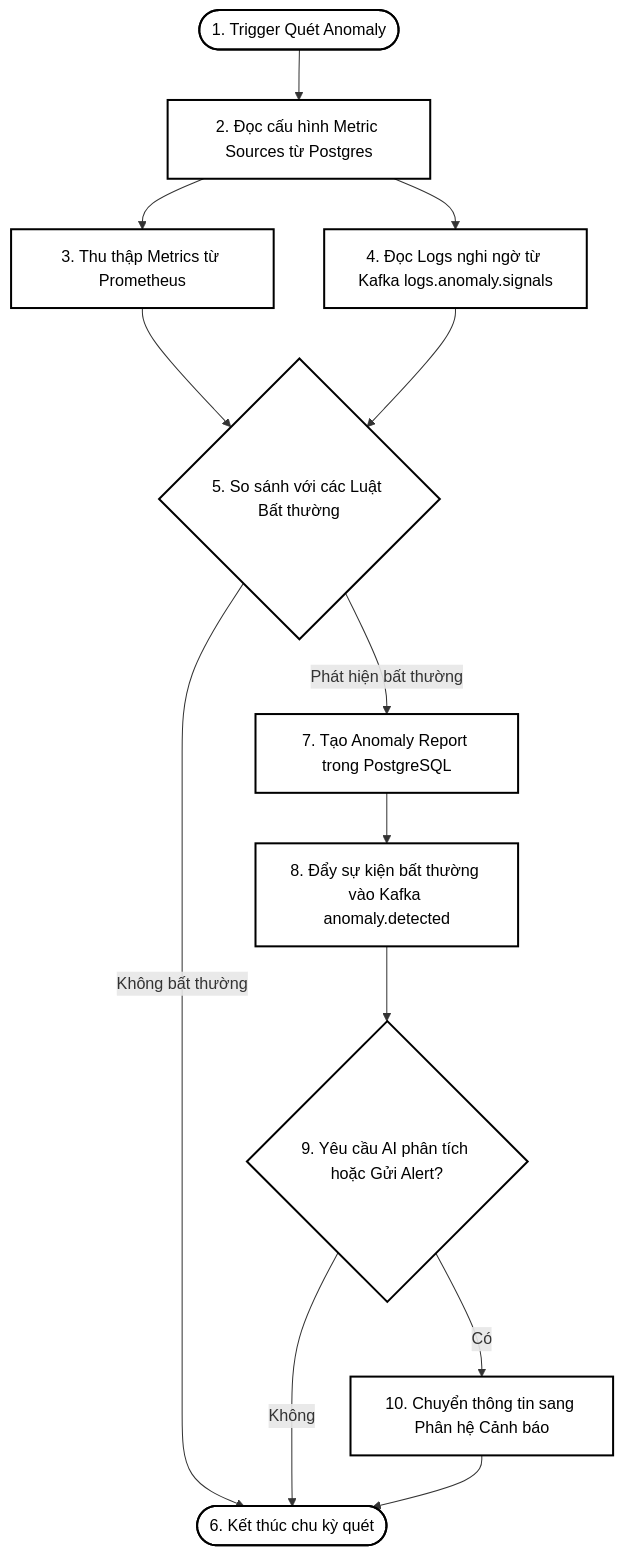
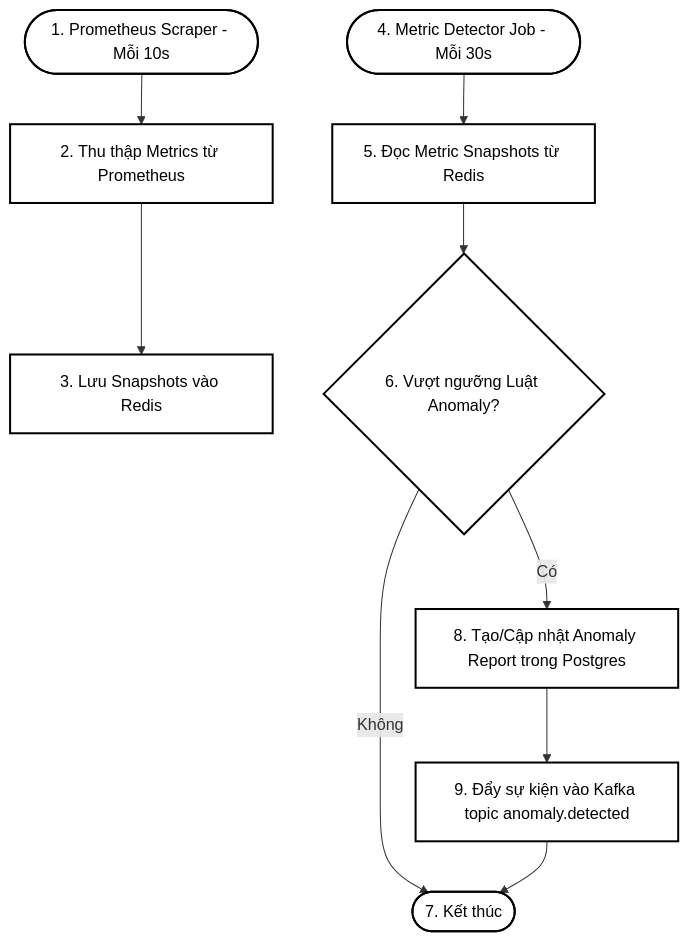
Before and after one commit to nguyentrongduc2005/log-monitoring-system: the seventh of 14 diagrams in detailed-diagrams.md, drawn with Mermaid. The commit also changed other lines of this file, not shown here.

Commit message:
docs: restructure anomaly detection diagrams to separate metric and log detection paths

````diff
--- a/detailed-diagrams.md
+++ b/detailed-diagrams.md
@@ -299,24 +304,18 @@
 ```mermaid
 graph TD
-    Start([1. Trigger Quét Anomaly]) --> FetchConfig[2. Đọc cấu hình Metric Sources từ Postgres]
-    FetchConfig --> ScrapeProm[3. Thu thập Metrics từ Prometheus]
-    FetchConfig --> ReadSignals[4. Đọc Logs nghi ngờ từ Kafka logs.anomaly.signals]
-
-    ScrapeProm --> CompareRules{5. So sánh với các Luật Bất thường}
-    ReadSignals --> CompareRules
-
-    CompareRules -- Không bất thường --> End([6. Kết thúc chu kỳ quét])
-    CompareRules -- Phát hiện bất thường --> CreateReport[7. Tạo Anomaly Report trong PostgreSQL]
-
-    CreateReport --> WriteKafka[8. Đẩy sự kiện bất thường vào Kafka anomaly.detected]
-    WriteKafka --> TriggerAlert{9. Yêu cầu AI phân tích hoặc Gửi Alert?}
-
-    TriggerAlert -- Có --> CallAlert[10. Chuyển thông tin sang Phân hệ Cảnh báo]
-    TriggerAlert -- Không --> End
-    CallAlert --> End
+    StartScrape([1. Prometheus Scraper - Mỗi 10s]) --> ScrapeProm[2. Thu thập Metrics từ Prometheus]
+    ScrapeProm --> SaveRedis[3. Lưu Snapshots vào Redis]
+    
+    StartDetect([4. Metric Detector Job - Mỗi 30s]) --> ReadRedis[5. Đọc Metric Snapshots từ Redis]
+    ReadRedis --> EvaluateMetrics{6. Vượt ngưỡng Luật Anomaly?}
+    
+    EvaluateMetrics -- Không --> EndMetric([7. Kết thúc])
+    EvaluateMetrics -- Có --> CreateMetricReport[8. Tạo/Cập nhật Anomaly Report trong Postgres]
+    CreateMetricReport --> WriteKafkaMetric[9. Đẩy sự kiện vào Kafka topic anomaly.detected]
+    WriteKafkaMetric --> EndMetric
 
     classDef step fill:#ffffff,stroke:#000000,stroke-width:2px,color:#000000;
     classDef decision fill:#ffffff,stroke:#000000,stroke-width:2px,color:#000000;
-    class Start,FetchConfig,ScrapeProm,ReadSignals,CreateReport,WriteKafka,CallAlert,End step;
-    class CompareRules,TriggerAlert decision;
+    class StartScrape,ScrapeProm,SaveRedis,StartDetect,ReadRedis,CreateMetricReport,WriteKafkaMetric,EndMetric step;
+    class EvaluateMetrics decision;
 ```
````
